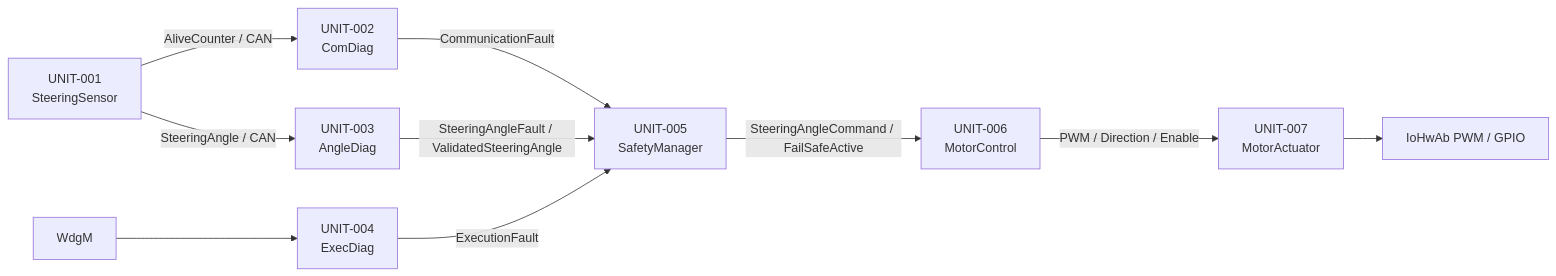
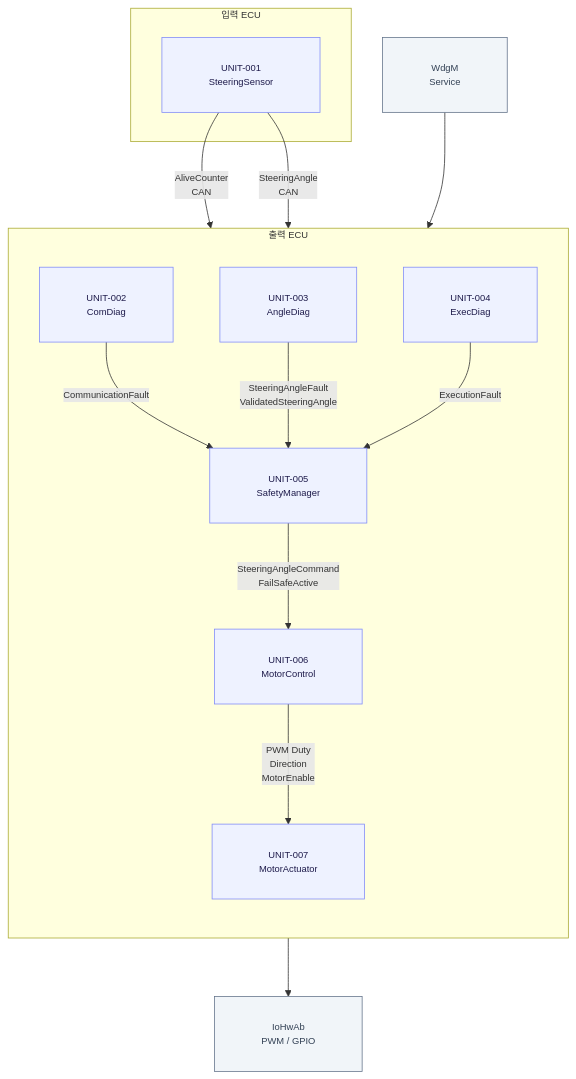
The first of 3 diagrams in iso26262-sbw-failsafe/workproducts/05_SW_Detailed_Design_Unit_Construction.md (kwangil1245-code/iso26262-sbw-failsafe), drawn with Mermaid before and after one commit. The commit also changed other lines of this file, not shown here.

````diff
--- a/iso26262-sbw-failsafe/workproducts/05_SW_Detailed_Design_Unit_Construction.md
+++ b/iso26262-sbw-failsafe/workproducts/05_SW_Detailed_Design_Unit_Construction.md
@@ -47,12 +47,31 @@
 ```mermaid
-flowchart LR
-  S["UNIT-001<br/>SteeringSensor"] -->|"AliveCounter / CAN"| C["UNIT-002<br/>ComDiag"]
-  S -->|"SteeringAngle / CAN"| A["UNIT-003<br/>AngleDiag"]
-  W["WdgM"] --> E["UNIT-004<br/>ExecDiag"]
-  C -->|"CommunicationFault"| M["UNIT-005<br/>SafetyManager"]
-  A -->|"SteeringAngleFault / ValidatedSteeringAngle"| M
-  E -->|"ExecutionFault"| M
-  M -->|"SteeringAngleCommand / FailSafeActive"| P["UNIT-006<br/>MotorControl"]
-  P -->|"PWM / Direction / Enable"| O["UNIT-007<br/>MotorActuator"]
-  O --> H["IoHwAb PWM / GPIO"]
+%%{init: {"flowchart": {"htmlLabels": true, "nodeSpacing": 60, "rankSpacing": 75, "padding": 30}, "themeVariables": {"fontSize": "12px"}}}%%
+flowchart TB
+    subgraph INPUT["입력 ECU"]
+        S["UNIT-001<br/>SteeringSensor"]
+    end
+    subgraph OUTPUT["출력 ECU"]
+        direction TB
+        C["UNIT-002<br/>ComDiag"]
+        A["UNIT-003<br/>AngleDiag"]
+        E["UNIT-004<br/>ExecDiag"]
+        M["UNIT-005<br/>SafetyManager"]
+        P["UNIT-006<br/>MotorControl"]
+        O["UNIT-007<br/>MotorActuator"]
+    end
+    W["WdgM<br/>Service"]
+    H["IoHwAb<br/>PWM / GPIO"]
+    S -->|"AliveCounter<br/>CAN"| C
+    S -->|"SteeringAngle<br/>CAN"| A
+    W --> E
+    C -->|"CommunicationFault"| M
+    A -->|"SteeringAngleFault<br/>ValidatedSteeringAngle"| M
+    E -->|"ExecutionFault"| M
+    M -->|"SteeringAngleCommand<br/>FailSafeActive"| P
+    P -->|"PWM Duty<br/>Direction<br/>MotorEnable"| O
+    O --> H
+    classDef swc fill:#EEF2FF,stroke:#818CF8,color:#1E1B4B
+    classDef service fill:#F1F5F9,stroke:#64748B,color:#334155
+    class S,C,A,E,M,P,O swc
+    class W,H service
 ```
````
